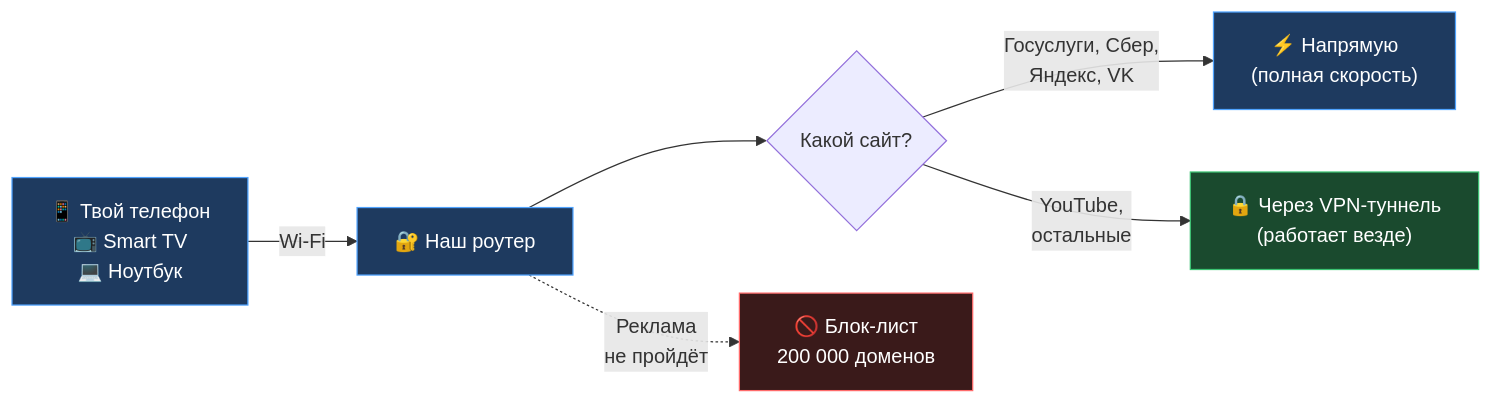
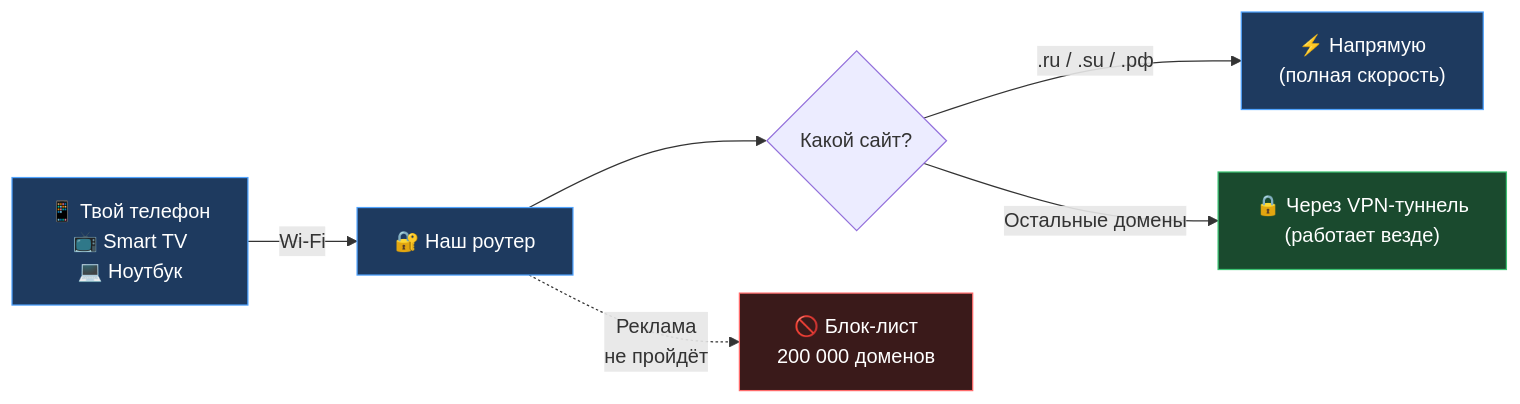
Before and after one commit to andreiyurik/cheburnet-router: the first of 2 diagrams in README.md, drawn with Mermaid. The commit also changed other lines of this file and 4 other files, not shown here.

````diff
--- a/README.md
+++ b/README.md
@@ -56,18 +64,18 @@
 ```mermaid
 flowchart LR
     Phone["📱 Твой телефон<br/>📺 Smart TV<br/>💻 Ноутбук"] -->|"Wi-Fi"| Router["🔐 Наш роутер"]
 
     Router --> Choice{"Какой сайт?"}
 
-    Choice -->|"Госуслуги, Сбер,<br/>Яндекс, VK"| Direct["⚡ Напрямую<br/>(полная скорость)"]
-    Choice -->|"YouTube,<br/>остальные"| VPN["🔒 Через VPN-туннель<br/>(работает везде)"]
+    Choice -->|".ru / .su / .рф"| Direct["⚡ Напрямую<br/>(полная скорость)"]
+    Choice -->|"Остальные домены"| VPN["🔒 Через VPN-туннель<br/>(работает везде)"]
 
     Router -.->|"Реклама<br/>не пройдёт"| Block["🚫 Блок-лист<br/>200 000 доменов"]
 
     classDef ru fill:#1e3a5f,stroke:#4fa3ff,color:#fff
     classDef vpn fill:#1a4a2e,stroke:#3bc272,color:#fff
     classDef stop fill:#3a1a1a,stroke:#ff6b6b,color:#fff
     class Direct,Phone,Router ru
     class VPN vpn
     class Block stop
 ```
````
